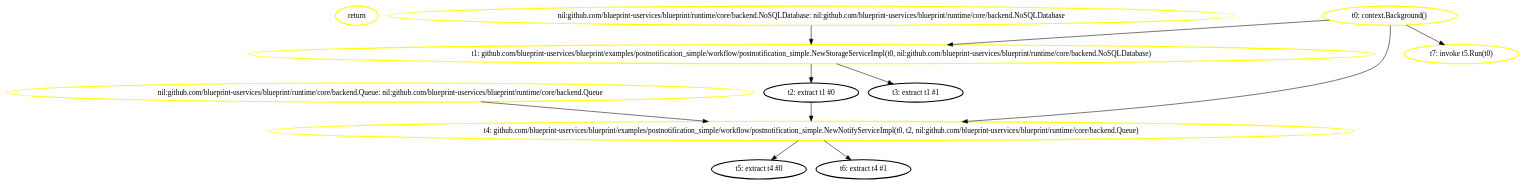
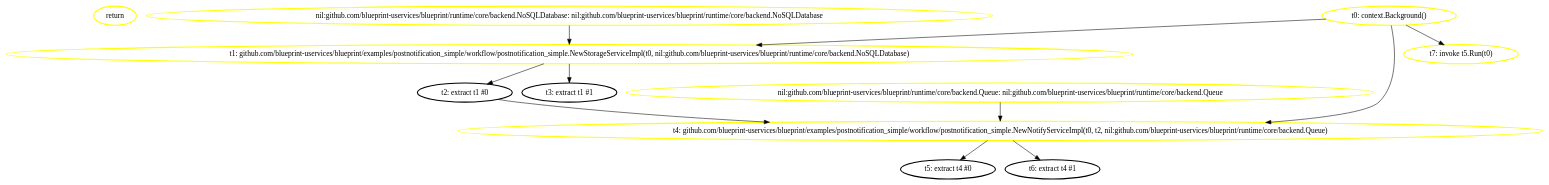
The diagram in ssa_analysis/analyzer/output/postnotification_simple/ssagraphs/main.main.dot (aletheia-microservices/aletheia), drawn with Graphviz before and after one commit. The commit also changed 17 other files, not shown here.

```diff
--- a/ssa_analysis/analyzer/output/postnotification_simple/ssagraphs/main.main.dot
+++ b/ssa_analysis/analyzer/output/postnotification_simple/ssagraphs/main.main.dot
@@ -1,25 +1,25 @@
 digraph G {
 	rankdir=TD;
-	N_instr_ret_394516377 [label="return", style=bold, shape=ellipse, color="yellow"];
-	N_instr_ret_394516377 [label="return", style=bold, shape=ellipse, color="yellow"];
-	N_nil_1120955877 [label="nil:github.com/blueprint-uservices/blueprint/runtime/core/backend.Queue: nil:github.com/blueprint-uservices/blueprint/runtime/core/backend.Queue", style=bold, shape=ellipse, color="yellow"];
-	N_nil_1488905087 [label="nil:github.com/blueprint-uservices/blueprint/runtime/core/backend.NoSQLDatabase: nil:github.com/blueprint-uservices/blueprint/runtime/core/backend.NoSQLDatabase", style=bold, shape=ellipse, color="yellow"];
+	N_instr_ret_593350402 [label="return", style=bold, shape=ellipse, color="yellow"];
+	N_instr_ret_593350402 [label="return", style=bold, shape=ellipse, color="yellow"];
+	N_nil_1523228928 [label="nil:github.com/blueprint-uservices/blueprint/runtime/core/backend.NoSQLDatabase: nil:github.com/blueprint-uservices/blueprint/runtime/core/backend.NoSQLDatabase", style=bold, shape=ellipse, color="yellow"];
+	N_nil_710292180 [label="nil:github.com/blueprint-uservices/blueprint/runtime/core/backend.Queue: nil:github.com/blueprint-uservices/blueprint/runtime/core/backend.Queue", style=bold, shape=ellipse, color="yellow"];
 	N_val_call_254 [label="t0: context.Background()", style=bold, shape=ellipse, color="yellow"];
 	N_val_call_360 [label="t1: github.com/blueprint-uservices/blueprint/examples/postnotification_simple/workflow/postnotification_simple.NewStorageServiceImpl(t0, nil:github.com/blueprint-uservices/blueprint/runtime/core/backend.NoSQLDatabase)", style=bold, shape=ellipse, color="yellow"];
 	N_val_call_479 [label="t4: github.com/blueprint-uservices/blueprint/examples/postnotification_simple/workflow/postnotification_simple.NewNotifyServiceImpl(t0, t2, nil:github.com/blueprint-uservices/blueprint/runtime/core/backend.Queue)", style=bold, shape=ellipse, color="yellow"];
 	N_val_call_541 [label="t7: invoke t5.Run(t0)", style=bold, shape=ellipse, color="yellow"];
 	N_val_extrt2 [label="t2: extract t1 #0", style=bold, shape=ellipse, color="black"];
 	N_val_extrt3 [label="t3: extract t1 #1", style=bold, shape=ellipse, color="black"];
 	N_val_extrt5 [label="t5: extract t4 #0", style=bold, shape=ellipse, color="black"];
 	N_val_extrt6 [label="t6: extract t4 #1", style=bold, shape=ellipse, color="black"];
 	N_val_call_254 -> N_val_call_360;
-	N_nil_1488905087 -> N_val_call_360;
+	N_nil_1523228928 -> N_val_call_360;
 	N_val_call_360 -> N_val_extrt2;
 	N_val_call_360 -> N_val_extrt3;
 	N_val_call_254 -> N_val_call_479;
 	N_val_extrt2 -> N_val_call_479;
-	N_nil_1120955877 -> N_val_call_479;
+	N_nil_710292180 -> N_val_call_479;
 	N_val_call_479 -> N_val_extrt5;
 	N_val_call_479 -> N_val_extrt6;
 	N_val_call_254 -> N_val_call_541;
 }
```
